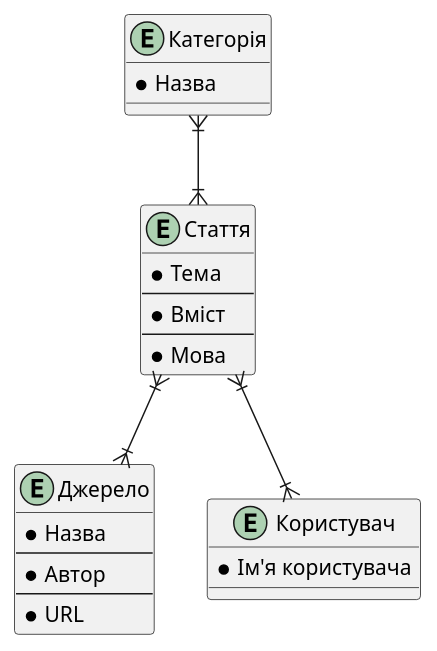
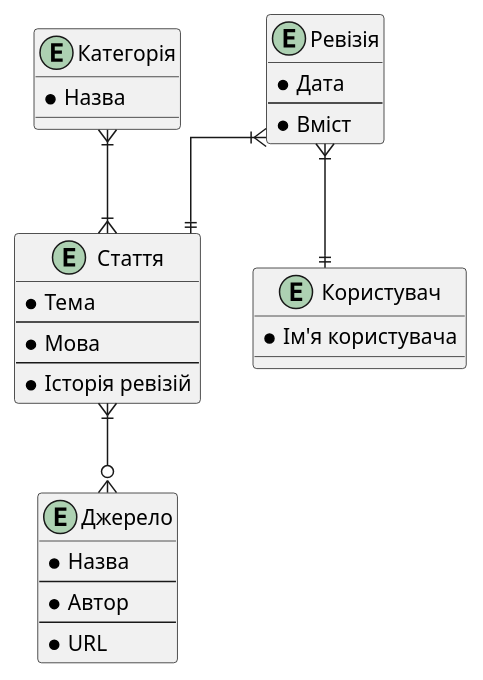
One commit to fasdccdss/KPI changed the diagram in Lab1/er.puml. Above: the diagram before and after it, drawn with PlantUML. The commit also changed 2 other files, not shown here.

```diff
--- a/Lab1/er.puml
+++ b/Lab1/er.puml
@@ -1,28 +1,38 @@
 @startuml "ER diagram"
+
+' avoid problems with angled crows feet
+skinparam linetype ortho
 
 entity Категорія {
     * Назва
 }
+entity Ревізія {
+    * Дата
+    --
+    * Вміст
+}
 entity Стаття {
     * Тема
     --
-    * Вміст
+    * Мова
     --
-    * Мова
+    * Історія ревізій
 }
 entity Джерело {
     * Назва
     --
     * Автор
     --
     * URL
 }
 entity Користувач {
     * Ім'я користувача
 }
 
-Стаття }|--|{ Користувач
-Стаття }|--|{ Джерело
+Ревізія }|--|| Користувач
+Ревізія }|--|| Стаття
+Стаття }|--o{ Джерело
 Категорія }|--|{ Стаття
 
+
 @enduml
```
